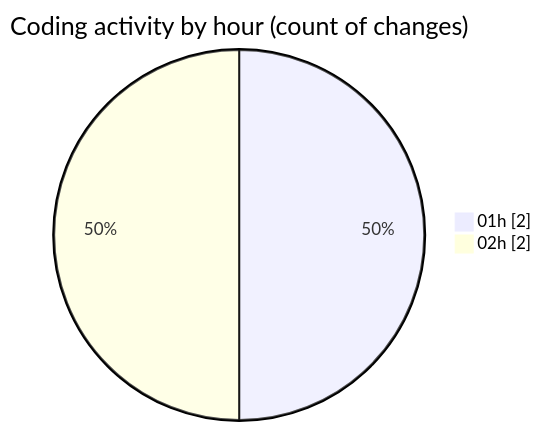
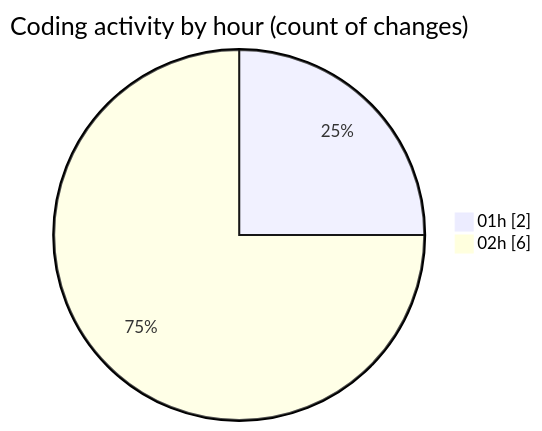
The second of 2 diagrams in 2025-08-11/rentotp/README.md (lephambinh05/code-tracking), drawn with Mermaid before and after one commit. The commit also changed other lines of this file and 1 other file, not shown here.

````diff
--- a/2025-08-11/rentotp/README.md
+++ b/2025-08-11/rentotp/README.md
@@ -28,6 +29,6 @@
 ```mermaid
 pie showData
 title Coding activity by hour (count of changes)
 "01h" : 2
-"02h" : 2
+"02h" : 6
 ```
````
